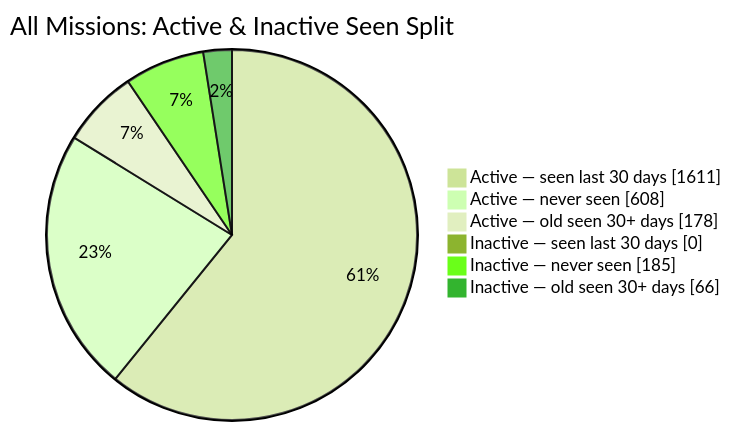
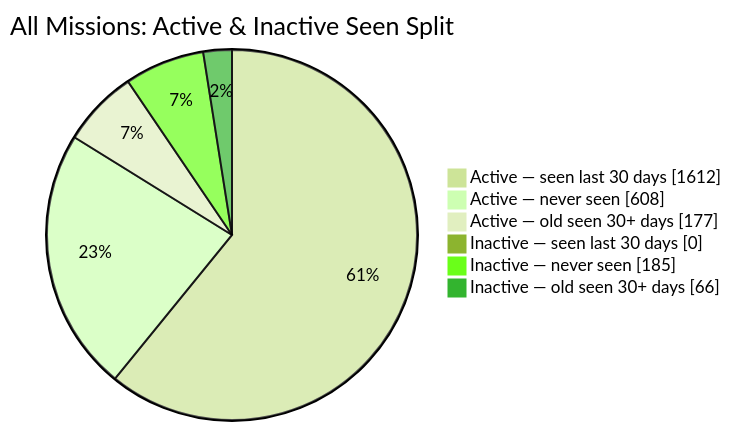
Before and after one commit to MeldkamerspelGameTeam/active-missions: the second of 2 diagrams in README.md, drawn with Mermaid (forest theme). The commit also changed other lines of this file and 2 other files, not shown here.

````diff
--- a/README.md
+++ b/README.md
@@ -44,10 +44,10 @@
 ```mermaid
 pie showData
     title All Missions: Active & Inactive Seen Split
-    "Active — seen last 30 days" : 1611
+    "Active — seen last 30 days" : 1612
     "Active — never seen" : 608
-    "Active — old seen 30+ days" : 178
+    "Active — old seen 30+ days" : 177
     "Inactive — seen last 30 days" : 0
     "Inactive — never seen" : 185
     "Inactive — old seen 30+ days" : 66
 ```
````
